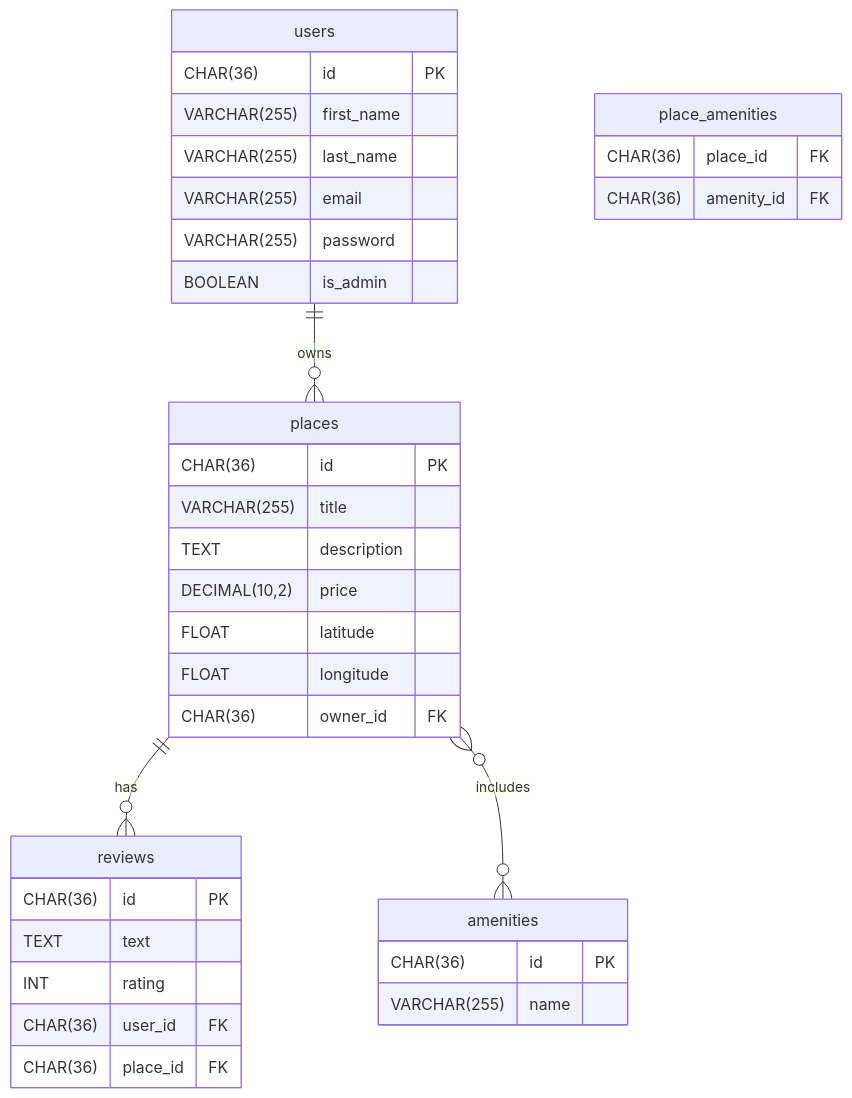
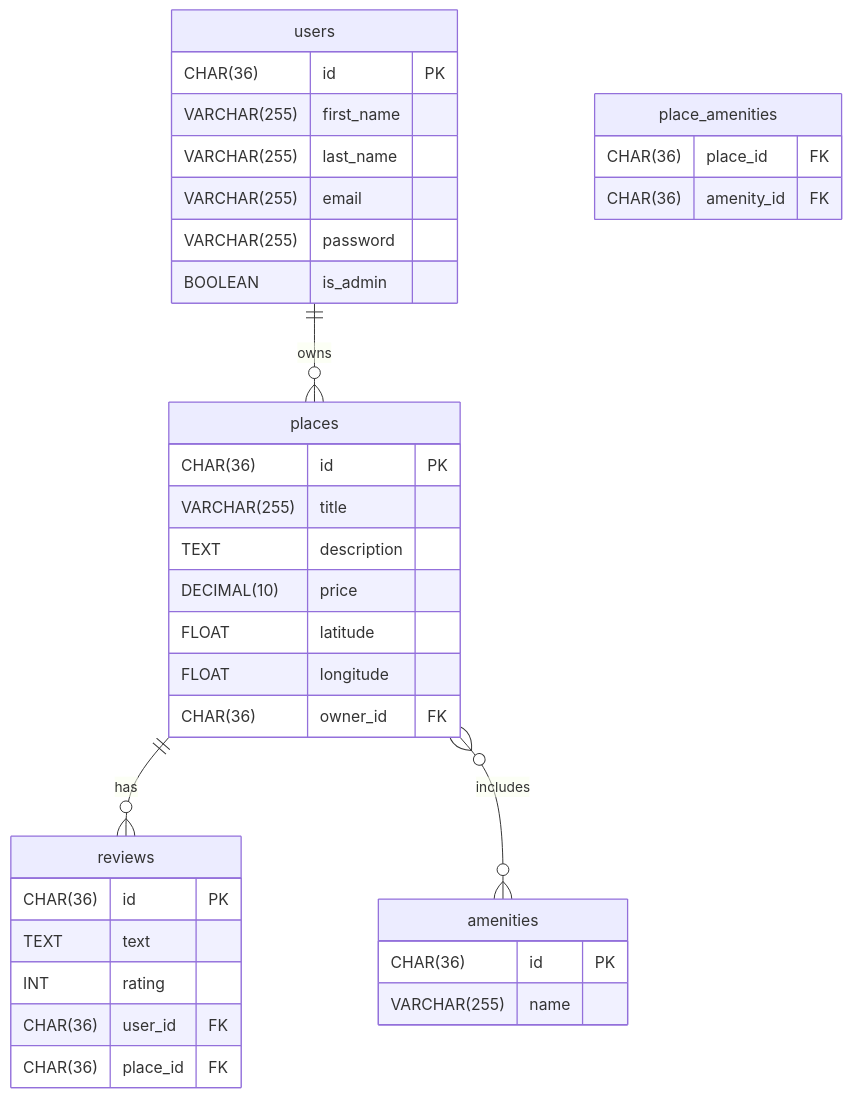
Before and after one commit to saru3450/holbertonschool-hbnb: the diagram in part3/hbnb/er_diagram.md, drawn with Mermaid.

Commit message:
er_diagram.md

````diff
--- a/part3/hbnb/er_diagram.md
+++ b/part3/hbnb/er_diagram.md
@@ -1,44 +1,44 @@
 ```mermaid
 erDiagram
     users {
         CHAR(36) id PK
         VARCHAR(255) first_name
         VARCHAR(255) last_name
         VARCHAR(255) email
         VARCHAR(255) password
         BOOLEAN is_admin
     }
 
     places {
         CHAR(36) id PK
         VARCHAR(255) title
         TEXT description
-        DECIMAL(10,2) price
+        DECIMAL(10) price
         FLOAT latitude
         FLOAT longitude
         CHAR(36) owner_id FK
     }
 
     reviews {
         CHAR(36) id PK
         TEXT text
         INT rating
         CHAR(36) user_id FK
         CHAR(36) place_id FK
     }
 
     amenities {
         CHAR(36) id PK
         VARCHAR(255) name
     }
 
     place_amenities {
         CHAR(36) place_id FK
         CHAR(36) amenity_id FK
     }
 
     %% Relationships
     users ||--o{ places : "owns"
     places ||--o{ reviews : "has"
     places }o--o{ amenities : "includes"
 ```
````
